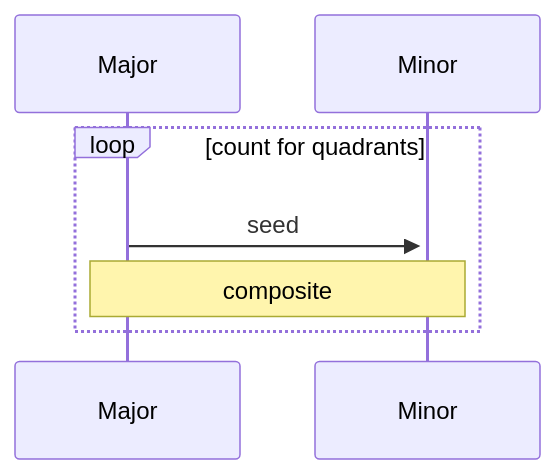
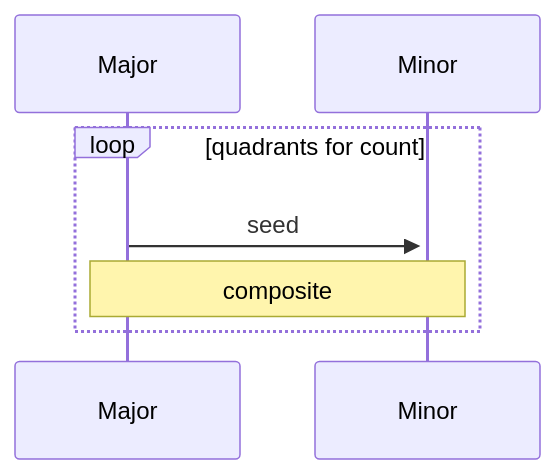
The diagram in README.md (KurtPachinger/seedmap), drawn with Mermaid before and after one commit.

````diff
--- a/README.md
+++ b/README.md
@@ -37,7 +37,7 @@
 ```mermaid
 sequenceDiagram
-  loop count for quadrants
+  loop quadrants for count
     Major->>+Minor: seed
     Note over Major,Minor: composite
   end
 ```
````
